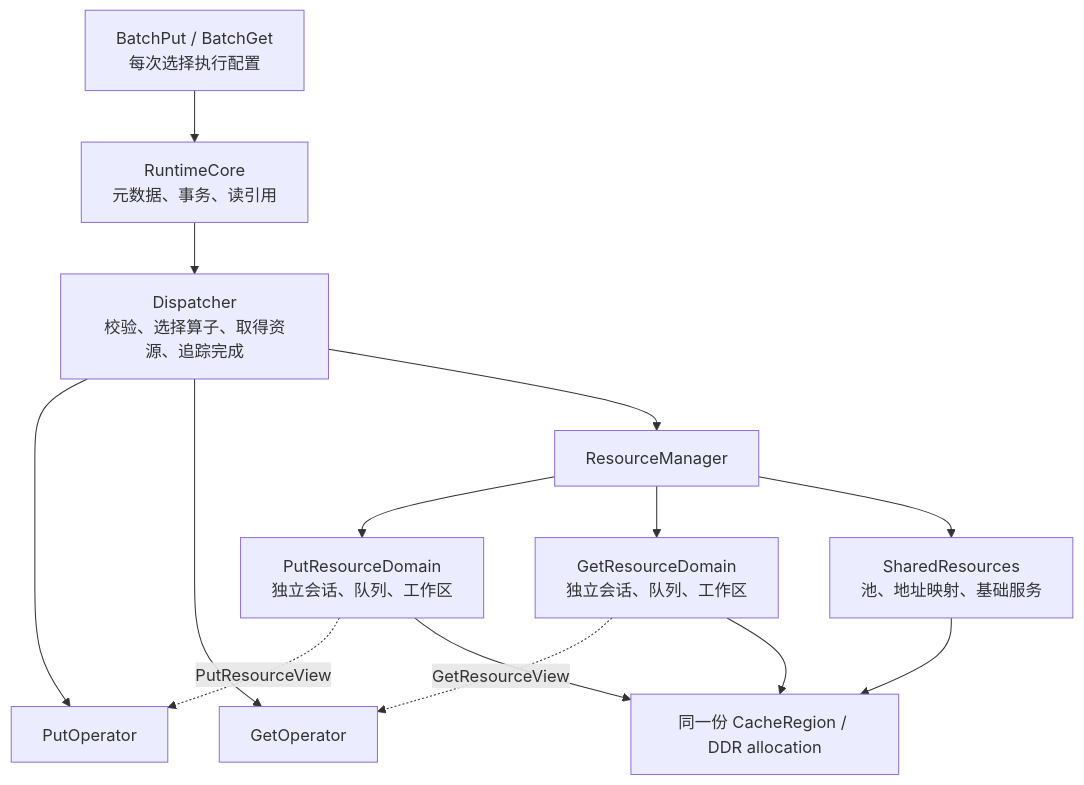
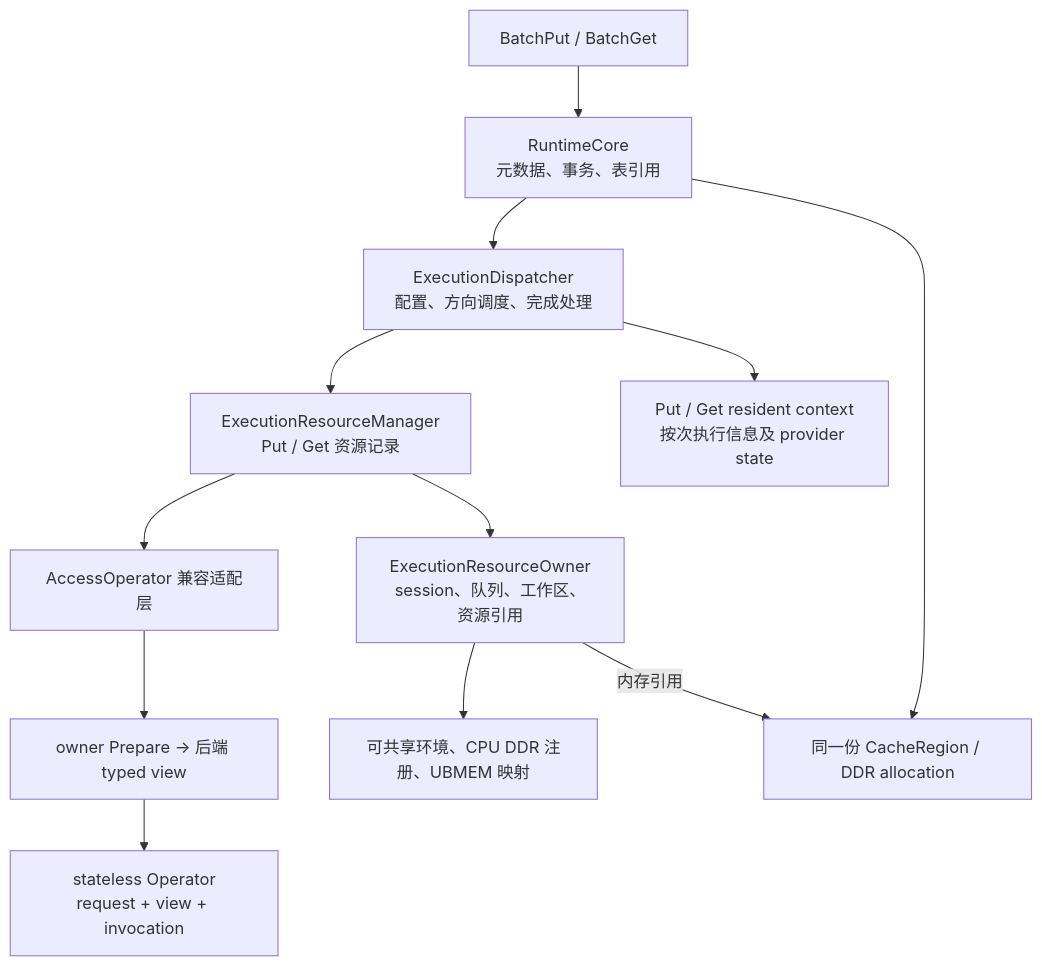
One commit to zxdgongjue-spec/KVAF changed the diagram in docs/cache_transport_execution_design.md. Above: the diagram before and after it, drawn with Mermaid. The commit also changed other lines of this file and 2 other files, not shown here.

Commit message:
docs: align execution design, implementation and validation

````diff
--- a/docs/cache_transport_execution_design.md
+++ b/docs/cache_transport_execution_design.md
@@ -118,16 +90,14 @@
 ```mermaid
 flowchart TD
-    API["BatchPut / BatchGet<br/>每次选择执行配置"] --> Core["RuntimeCore<br/>元数据、事务、读引用"]
-    Core --> Dispatcher["Dispatcher<br/>校验、选择算子、取得资源、追踪完成"]
-    Dispatcher --> PO["PutOperator"]
-    Dispatcher --> GO["GetOperator"]
-    Dispatcher --> RM["ResourceManager"]
-    RM --> PR["PutResourceDomain<br/>独立会话、队列、工作区"]
-    RM --> GR["GetResourceDomain<br/>独立会话、队列、工作区"]
-    RM --> Shared["SharedResources<br/>池、地址映射、基础服务"]
-    PR -. "PutResourceView" .-> PO
-    GR -. "GetResourceView" .-> GO
-    Shared --> DDR["同一份 CacheRegion / DDR allocation"]
-    PR --> DDR
-    GR --> DDR
+    API["BatchPut / BatchGet"] --> Core["RuntimeCore<br/>元数据、事务、表引用"]
+    Core --> Dispatcher["ExecutionDispatcher<br/>配置、方向调度、完成处理"]
+    Dispatcher --> Manager["ExecutionResourceManager<br/>Put / Get 资源记录"]
+    Dispatcher --> Context["Put / Get resident context<br/>按次执行信息及 provider state"]
+    Manager --> Owner["ExecutionResourceOwner<br/>session、队列、工作区、资源引用"]
+    Manager --> Adapter["AccessOperator 兼容适配层"]
+    Adapter --> Prepare["owner Prepare → 后端 typed view"]
+    Prepare --> Algorithm["stateless Operator<br/>request + view + invocation"]
+    Owner --> Shared["可共享环境、CPU DDR 注册、UBMEM 映射"]
+    Core --> Region["同一份 CacheRegion / DDR allocation"]
+    Owner -->|"内存引用"| Region
 ```
````
